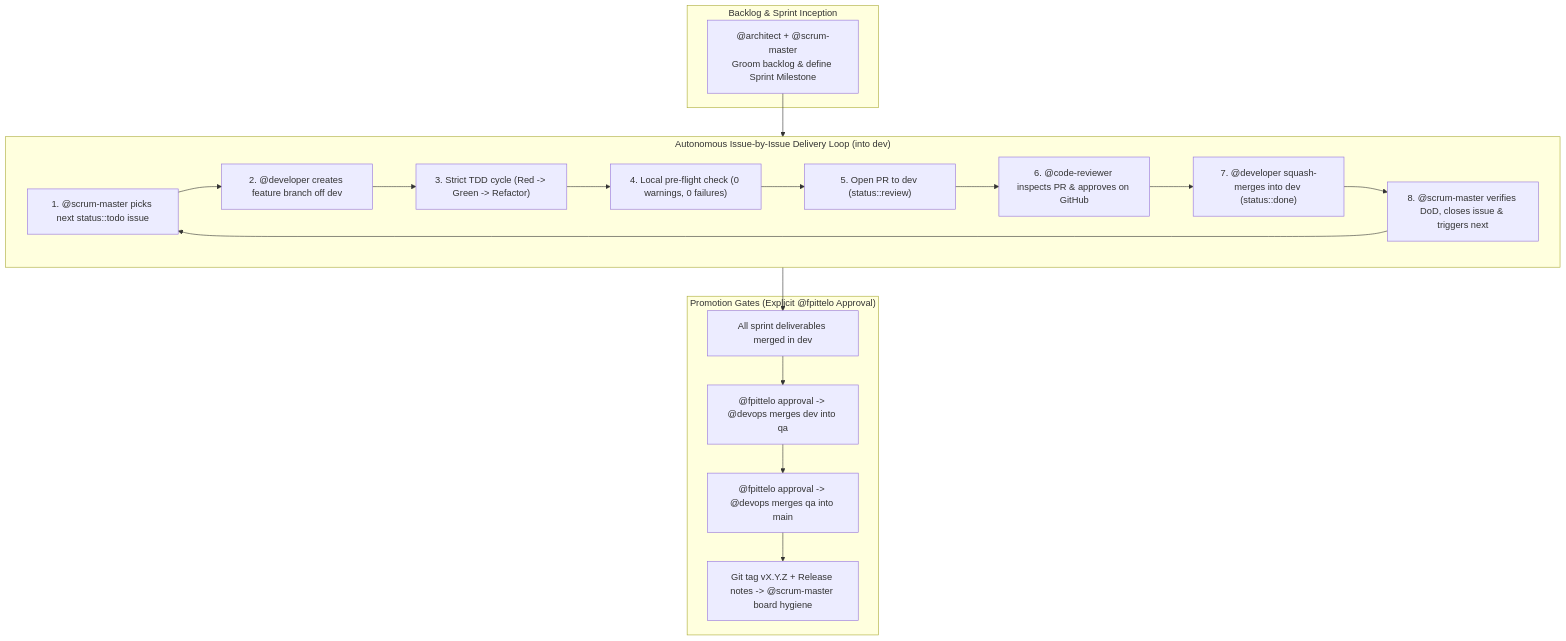
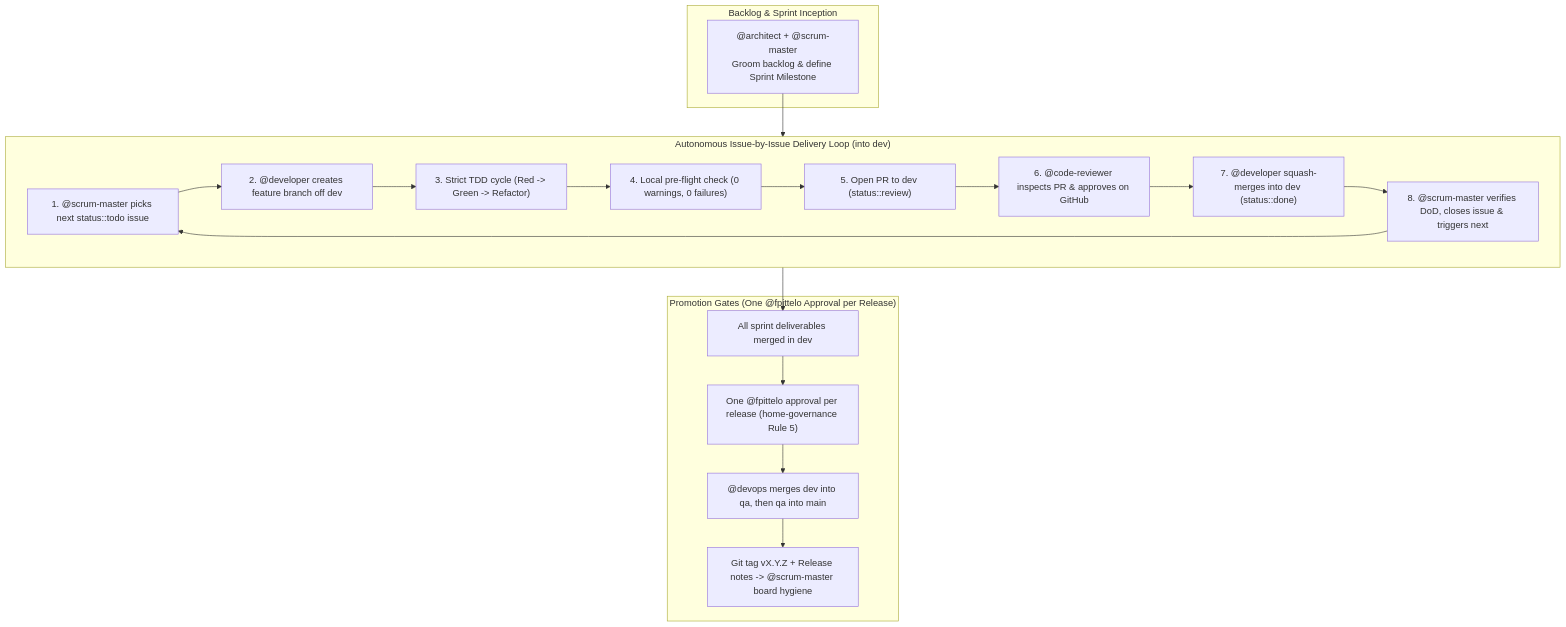
Before and after one commit to fpittelo/opencode-home-config: the diagram in agents/architect.md, drawn with Mermaid. The commit also changed other lines of this file and 13 other files, not shown here.

First line of the commit message:
docs(governance): single-source the governance canon — one approval per release (#261)

````diff
--- a/agents/architect.md
+++ b/agents/architect.md
@@ -173,28 +173,28 @@
 ```mermaid
 flowchart TD
     subgraph Backlog_Planning ["Backlog & Sprint Inception"]
         A_ARCH["@architect + @scrum-master\nGroom backlog & define Sprint Milestone"]
     end
 
     subgraph Autonomous_Dev_Loop ["Autonomous Issue-by-Issue Delivery Loop (into dev)"]
         S1["1. @scrum-master picks next status::todo issue"]
         S2["2. @developer creates feature branch off dev"]
         S3["3. Strict TDD cycle (Red -> Green -> Refactor)"]
         S4["4. Local pre-flight check (0 warnings, 0 failures)"]
         S5["5. Open PR to dev (status::review)"]
         S6["6. @code-reviewer inspects PR & approves on GitHub"]
         S7["7. @developer squash-merges into dev (status::done)"]
         S8["8. @scrum-master verifies DoD, closes issue & triggers next"]
         S1 --> S2 --> S3 --> S4 --> S5 --> S6 --> S7 --> S8 --> S1
     end
 
-    subgraph Promotion_Gates ["Promotion Gates (Explicit @fpittelo Approval)"]
+    subgraph Promotion_Gates ["Promotion Gates (One @fpittelo Approval per Release)"]
         P1["All sprint deliverables merged in dev"]
-        P2["@fpittelo approval -> @devops merges dev into qa"]
-        P3["@fpittelo approval -> @devops merges qa into main"]
+        P2["One @fpittelo approval per release (home-governance Rule 5)"]
+        P3["@devops merges dev into qa, then qa into main"]
         P4["Git tag vX.Y.Z + Release notes -> @scrum-master board hygiene"]
     end
 
     A_ARCH --> Autonomous_Dev_Loop
     Autonomous_Dev_Loop --> P1 --> P2 --> P3 --> P4
 ```
````
